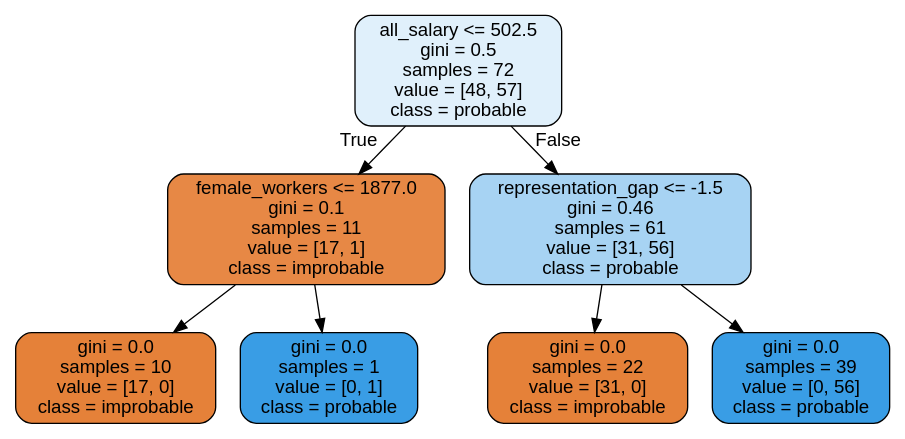
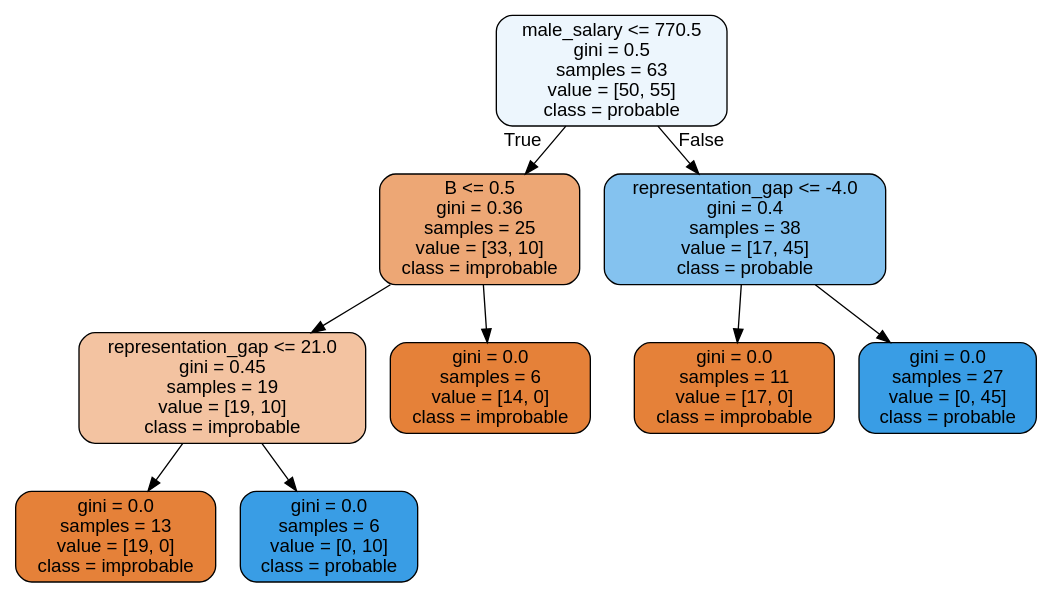
One commit to miheep8938/female_participation_in_leadership changed the diagram in tree.dot. Above: the diagram before and after it, drawn with Graphviz. The commit also changed 10 other files, not shown here.

```diff
--- a/tree.dot
+++ b/tree.dot
@@ -1,17 +1,21 @@
 digraph Tree {
 node [shape=box, style="filled, rounded", color="black", fontname=helvetica] ;
 edge [fontname=helvetica] ;
-0 [label="all_salary <= 502.5\ngini = 0.5\nsamples = 72\nvalue = [48, 57]\nclass = probable", fillcolor="#e0f0fb"] ;
-1 [label="female_workers <= 1877.0\ngini = 0.1\nsamples = 11\nvalue = [17, 1]\nclass = improbable", fillcolor="#e78845"] ;
+0 [label="male_salary <= 770.5\ngini = 0.5\nsamples = 63\nvalue = [50, 55]\nclass = probable", fillcolor="#edf6fd"] ;
+1 [label="B <= 0.5\ngini = 0.36\nsamples = 25\nvalue = [33, 10]\nclass = improbable", fillcolor="#eda775"] ;
 0 -> 1 [labeldistance=2.5, labelangle=45, headlabel="True"] ;
-2 [label="gini = 0.0\nsamples = 10\nvalue = [17, 0]\nclass = improbable", fillcolor="#e58139"] ;
+2 [label="representation_gap <= 21.0\ngini = 0.45\nsamples = 19\nvalue = [19, 10]\nclass = improbable", fillcolor="#f3c3a1"] ;
 1 -> 2 ;
-3 [label="gini = 0.0\nsamples = 1\nvalue = [0, 1]\nclass = probable", fillcolor="#399de5"] ;
-1 -> 3 ;
-4 [label="representation_gap <= -1.5\ngini = 0.46\nsamples = 61\nvalue = [31, 56]\nclass = probable", fillcolor="#a7d3f3"] ;
-0 -> 4 [labeldistance=2.5, labelangle=-45, headlabel="False"] ;
-5 [label="gini = 0.0\nsamples = 22\nvalue = [31, 0]\nclass = improbable", fillcolor="#e58139"] ;
-4 -> 5 ;
-6 [label="gini = 0.0\nsamples = 39\nvalue = [0, 56]\nclass = probable", fillcolor="#399de5"] ;
-4 -> 6 ;
+3 [label="gini = 0.0\nsamples = 13\nvalue = [19, 0]\nclass = improbable", fillcolor="#e58139"] ;
+2 -> 3 ;
+4 [label="gini = 0.0\nsamples = 6\nvalue = [0, 10]\nclass = probable", fillcolor="#399de5"] ;
+2 -> 4 ;
+5 [label="gini = 0.0\nsamples = 6\nvalue = [14, 0]\nclass = improbable", fillcolor="#e58139"] ;
+1 -> 5 ;
+6 [label="representation_gap <= -4.0\ngini = 0.4\nsamples = 38\nvalue = [17, 45]\nclass = probable", fillcolor="#84c2ef"] ;
+0 -> 6 [labeldistance=2.5, labelangle=-45, headlabel="False"] ;
+7 [label="gini = 0.0\nsamples = 11\nvalue = [17, 0]\nclass = improbable", fillcolor="#e58139"] ;
+6 -> 7 ;
+8 [label="gini = 0.0\nsamples = 27\nvalue = [0, 45]\nclass = probable", fillcolor="#399de5"] ;
+6 -> 8 ;
 }
```
